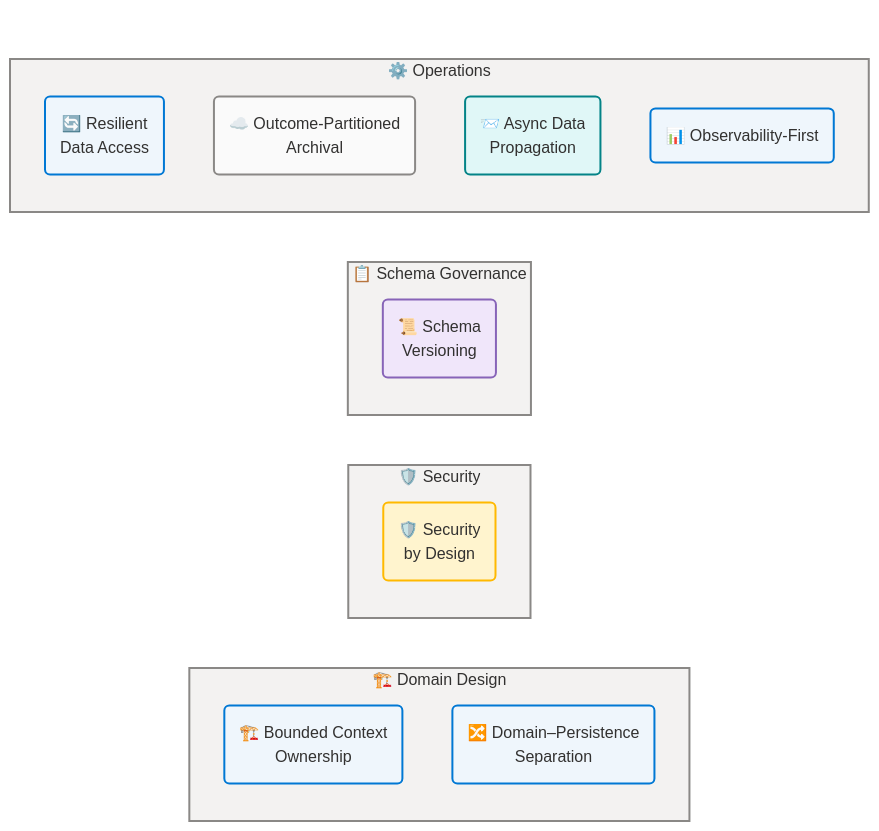
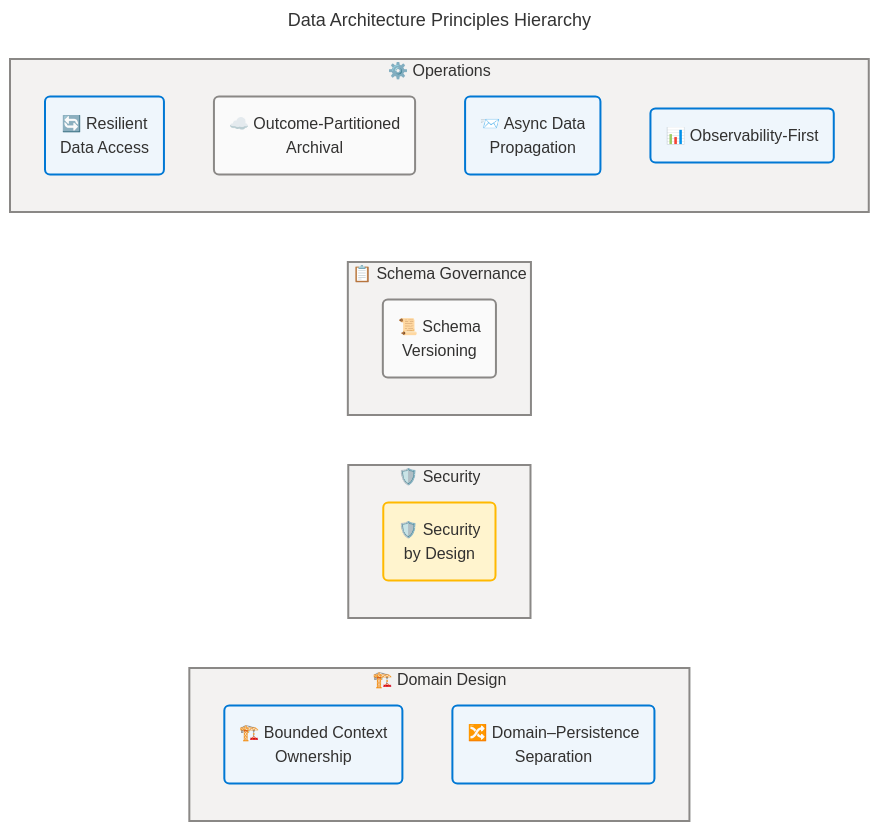
The second of 7 diagrams in docs/architecture/data-architecture.md (Evilazaro/Azure-LogicApps-Monitoring), drawn with Mermaid before and after one commit. The commit also changed other lines of this file, not shown here.

Commit message:
style: Refactor theme variables and update class definitions in diagrams for consistency

````diff
--- a/docs/architecture/data-architecture.md
+++ b/docs/architecture/data-architecture.md
@@ -232,63 +228,57 @@
 ```mermaid
 ---
 title: Data Architecture Principles Hierarchy
 config:
   theme: base
   look: classic
   layout: dagre
   themeVariables:
     fontSize: '16px'
-    primaryColor: '#0078D4'
-    primaryBorderColor: '#106EBE'
-    primaryTextColor: '#FFFFFF'
-    lineColor: '#0078D4'
   flowchart:
     htmlLabels: true
     curve: cardinal
 ---
 flowchart LR
     accTitle: Data Architecture Principles Hierarchy
     accDescr: Groups the eight data architecture principles into four categories: Domain Design covering Bounded Context Ownership and Domain-Persistence Separation; Security covering Security by Design; Schema Governance covering Schema Versioning; and Operations covering Resilient Data Access, Outcome-Partitioned Archival, Async Data Propagation, and Observability-First.
 
     %% ═══════════════════════════════════════════════════════════════════════════
     %% AZURE / FLUENT ARCHITECTURE PATTERN v1.1
     %% (Semantic + Structural + Font + Accessibility Governance)
     %% ═══════════════════════════════════════════════════════════════════════════
     %% PHASE 1 - FLUENT UI: All styling uses approved Fluent UI palette only
     %% PHASE 2 - GROUPS: Every subgraph has semantic color via style directive
     %% PHASE 3 - COMPONENTS: Every node has semantic classDef + icon prefix
     %% PHASE 4 - ACCESSIBILITY: accTitle/accDescr present, WCAG AA contrast
     %% PHASE 5 - STANDARD: Governance block present, classDefs centralized
     %% ═══════════════════════════════════════════════════════════════════════════
 
     subgraph DomainDesign["🏗️ Domain Design"]
         P1("🏗️ Bounded Context<br>Ownership"):::core
         P2("🔀 Domain–Persistence<br>Separation"):::core
     end
 
     subgraph SecuritySub["🛡️ Security"]
         P3("🛡️ Security<br>by Design"):::warning
     end
 
     subgraph SchemaSub["📋 Schema Governance"]
-        P4("📜 Schema<br>Versioning"):::data
+        P4("📜 Schema<br>Versioning"):::neutral
     end
 
     subgraph OpsSub["⚙️ Operations"]
         P5("🔄 Resilient<br>Data Access"):::core
         P6("☁️ Outcome-Partitioned<br>Archival"):::neutral
-        P7("📨 Async Data<br>Propagation"):::external
+        P7("📨 Async Data<br>Propagation"):::core
         P8("📊 Observability-First"):::core
     end
 
     style DomainDesign fill:#F3F2F1,stroke:#8A8886,stroke-width:2px,color:#323130
     style SecuritySub fill:#F3F2F1,stroke:#8A8886,stroke-width:2px,color:#323130
     style SchemaSub fill:#F3F2F1,stroke:#8A8886,stroke-width:2px,color:#323130
     style OpsSub fill:#F3F2F1,stroke:#8A8886,stroke-width:2px,color:#323130
 
     classDef neutral fill:#FAFAFA,stroke:#8A8886,stroke-width:2px,color:#323130
     classDef core fill:#EFF6FC,stroke:#0078D4,stroke-width:2px,color:#323130
-    classDef data fill:#F0E6FA,stroke:#8764B8,stroke-width:2px,color:#323130
-    classDef external fill:#E0F7F7,stroke:#038387,stroke-width:2px,color:#323130
     classDef warning fill:#FFF4CE,stroke:#FFB900,stroke-width:2px,color:#323130
 ```
````
